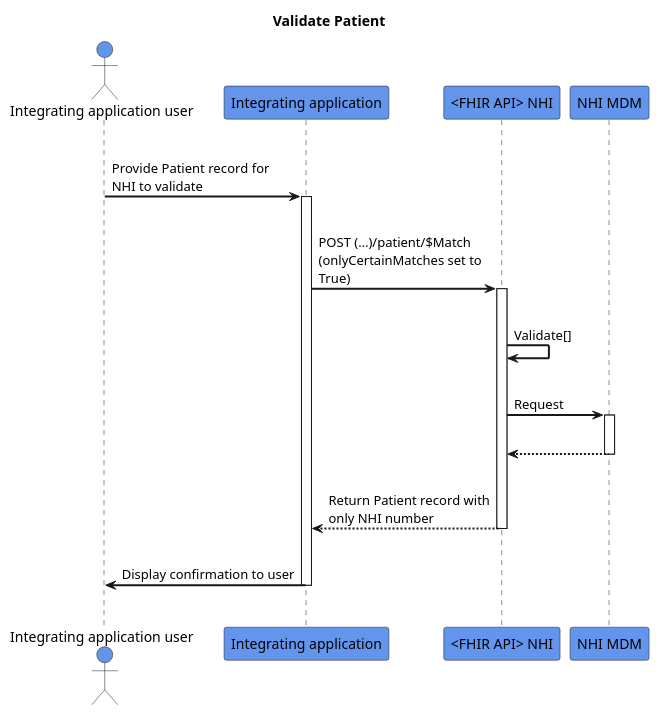
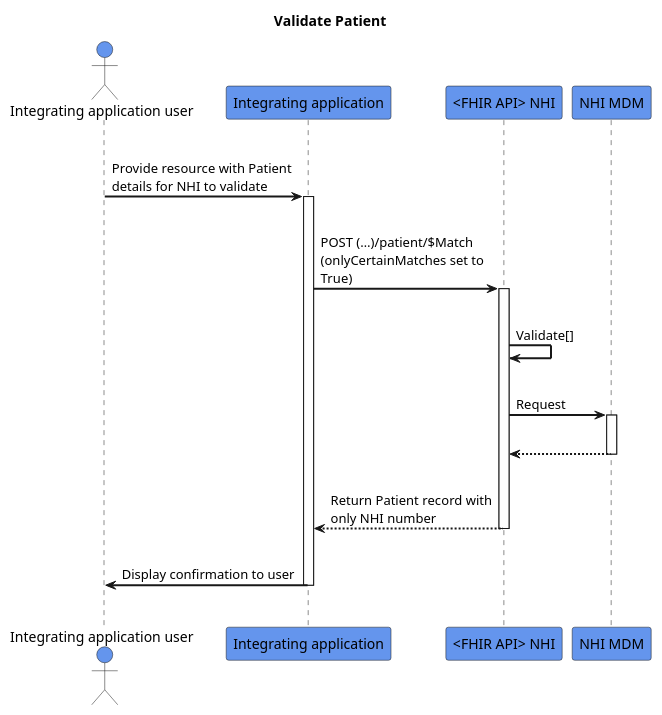
One commit to HL7NZ/nhi changed the diagram in input/images-source/validate-patient.plantuml. Above: the diagram before and after it, drawn with PlantUML.

```diff
--- a/input/images-source/validate-patient.plantuml
+++ b/input/images-source/validate-patient.plantuml
@@ -1,33 +1,33 @@
 @startuml
 skinparam sequenceArrowThickness 2
 skinparam roundcorner 5
 skinparam maxmessagesize 180
 skinparam sequenceParticipant bold
 title Validate Patient
 actor "Integrating application user" as User #CornflowerBlue
 participant "Integrating application" as A #CornflowerBlue
 participant "<FHIR API> NHI" as B #CornflowerBlue
 participant "NHI MDM" as C #CornflowerBlue
 |||
-User -> A: Provide Patient record for NHI to validate
+User -> A: Provide resource with Patient details for NHI to validate
 activate A
 |||
 A -> B: POST (…)/patient/$Match (onlyCertainMatches set to True)
 activate B
 |||
 B -> B: Validate[]
 |||
 B -> C: Request
 activate C
 |||
 
 C -[dashed]-> B:
 deactivate C
 |||
 B -[dashed]-> A: Return Patient record with only NHI number
 deactivate B
 |||
 A -> User: Display confirmation to user
 deactivate A
 |||
 @enduml
```
